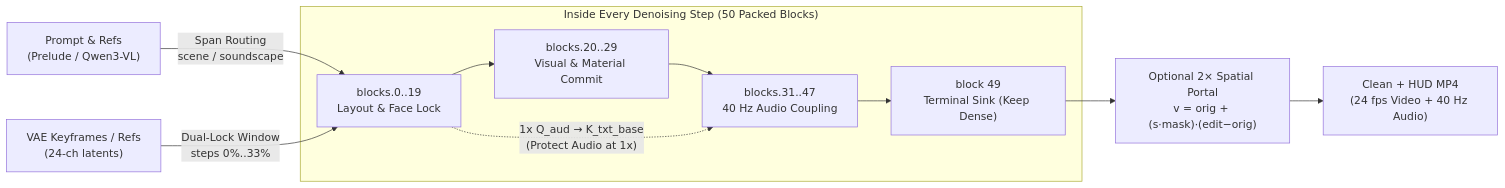
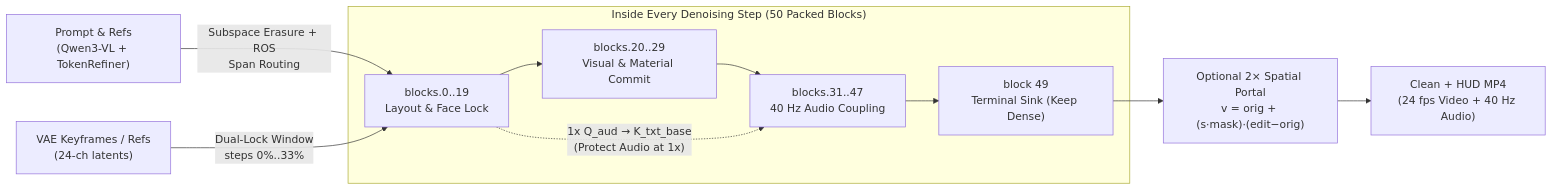
Before and after one commit to fblissjr/ComfyUI-h3-explorations: the diagram in docs/wiki/core/h3_inside_the_50_blocks.md, drawn with Mermaid. The commit also changed other lines of this file and 5 other files, not shown here.

````diff
--- a/docs/wiki/core/h3_inside_the_50_blocks.md
+++ b/docs/wiki/core/h3_inside_the_50_blocks.md
@@ -127,15 +181,15 @@
 ```mermaid
 flowchart LR
-  P["Prompt &amp; Refs<br/>(Prelude / Qwen3-VL)"] -->|"Span Routing<br/>scene / soundscape"| B1
+  P["Prompt &amp; Refs<br/>(Qwen3-VL + TokenRefiner)"] -->|"Subspace Erasure + ROS<br/>Span Routing"| B1
   V["VAE Keyframes / Refs<br/>(24-ch latents)"] -->|"Dual-Lock Window<br/>steps 0%..33%"| B1
 
   subgraph STEP["Inside Every Denoising Step (50 Packed Blocks)"]
     B1["blocks.0..19<br/>Layout &amp; Face Lock"] --> B2["blocks.20..29<br/>Visual &amp; Material Commit"]
     B2 --> B3["blocks.31..47<br/>40 Hz Audio Coupling"]
     B3 --> B4["block 49<br/>Terminal Sink (Keep Dense)"]
     B1 -.->|"1x Q_aud → K_txt_base<br/>(Protect Audio at 1x)"| B3
   end
 
   B4 --> EG["Optional 2× Spatial Portal<br/>v = orig + (s·mask)·(edit−orig)"]
   EG --> OUT["Clean + HUD MP4<br/>(24 fps Video + 40 Hz Audio)"]
 ```
````
